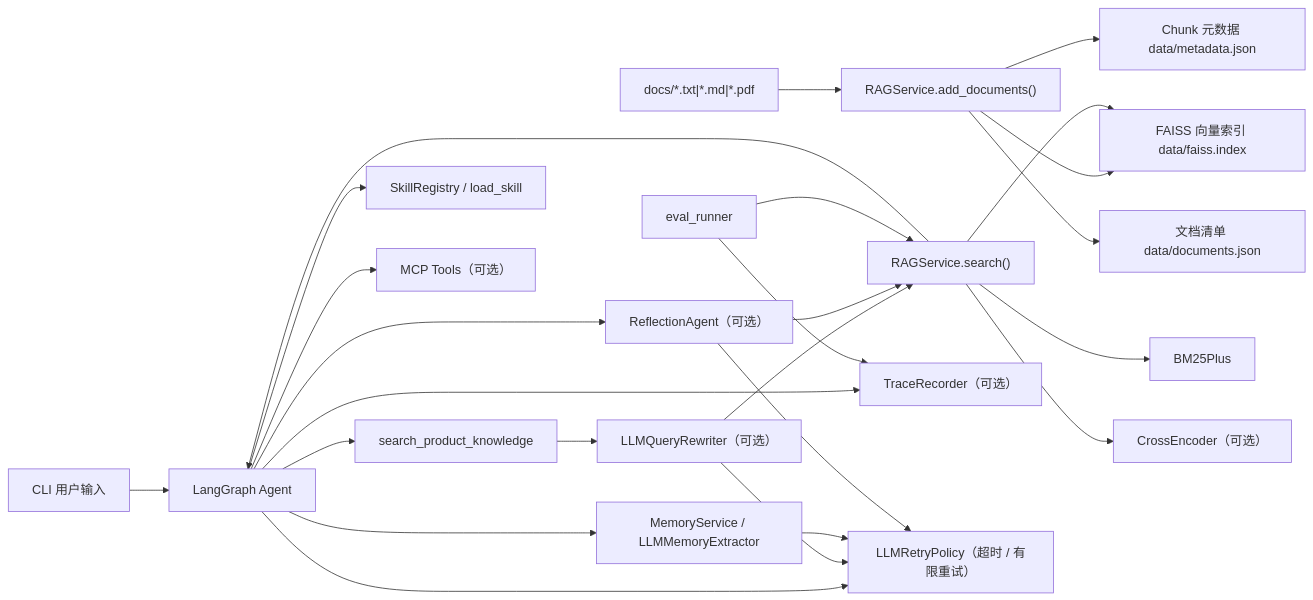
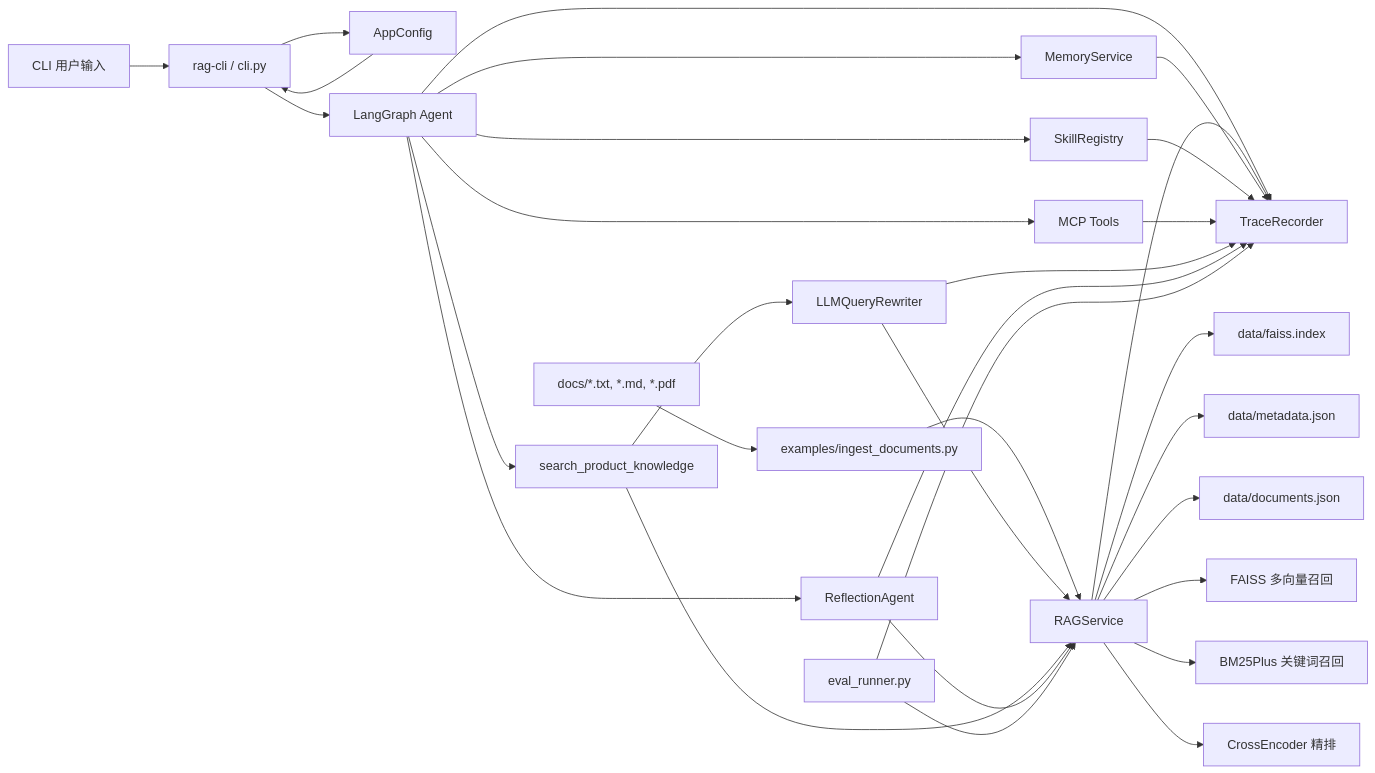
One commit to LinDifficulty/CustomerServiceAgent changed the diagram in 项目技术文档.md. Above: the diagram before and after it, drawn with Mermaid. The commit also changed other lines of this file and 18 other files, not shown here.

````diff
--- a/项目技术文档.md
+++ b/项目技术文档.md
@@ -69,30 +66,39 @@
 ```mermaid
 flowchart LR
-    A["docs/*.txt|*.md|*.pdf"] --> B["RAGService.add_documents()"]
-    B --> C["FAISS 向量索引 data/faiss.index"]
-    B --> D["Chunk 元数据 data/metadata.json"]
-    B --> E["文档清单 data/documents.json"]
+    Docs["docs/*.txt, *.md, *.pdf"] --> Ingest["examples/ingest_documents.py"]
+    Ingest --> RAG["RAGService"]
+    RAG --> Faiss["data/faiss.index"]
+    RAG --> Metadata["data/metadata.json"]
+    RAG --> Manifest["data/documents.json"]
 
-    U["CLI 用户输入"] --> F["LangGraph Agent"]
-    F --> G["search_product_knowledge"]
-    G --> H["LLMQueryRewriter（可选）"]
-    H --> I["RAGService.search()"]
-    I --> C
-    I --> J["BM25Plus"]
-    I --> K["CrossEncoder（可选）"]
-    I --> F
+    User["CLI 用户输入"] --> CLI["rag-cli / cli.py"]
+    CLI --> Config["AppConfig"]
+    Config --> CLI
 
-    F --> L["MemoryService / LLMMemoryExtractor"]
-    F --> M["SkillRegistry / load_skill"]
-    F --> N["MCP Tools（可选）"]
-    F --> O["TraceRecorder（可选）"]
-    F --> R["ReflectionAgent（可选）"]
-    F --> Q["LLMRetryPolicy（超时 / 有限重试）"]
-    H --> Q
-    L --> Q
-    R --> I
-    R --> Q
+    CLI --> Agent["LangGraph Agent"]
+    Agent --> Memory["MemoryService"]
+    Agent --> Skill["SkillRegistry"]
+    Agent --> MCP["MCP Tools"]
+    Agent --> RetrievalTool["search_product_knowledge"]
 
-    P["eval_runner"] --> I
-    P --> O
+    RetrievalTool --> Rewrite["LLMQueryRewriter"]
+    Rewrite --> RAG
+    RetrievalTool --> RAG
+    RAG --> Vector["FAISS 多向量召回"]
+    RAG --> BM25["BM25Plus 关键词召回"]
+    RAG --> Rerank["CrossEncoder 精排"]
+
+    Agent --> Reflection["ReflectionAgent"]
+    Reflection --> RAG
+
+    Agent --> Trace["TraceRecorder"]
+    RAG --> Trace
+    Memory --> Trace
+    Skill --> Trace
+    MCP --> Trace
+    Rewrite --> Trace
+    Reflection --> Trace
+
+    Eval["eval_runner.py"] --> RAG
+    Eval --> Trace
 ```
````
